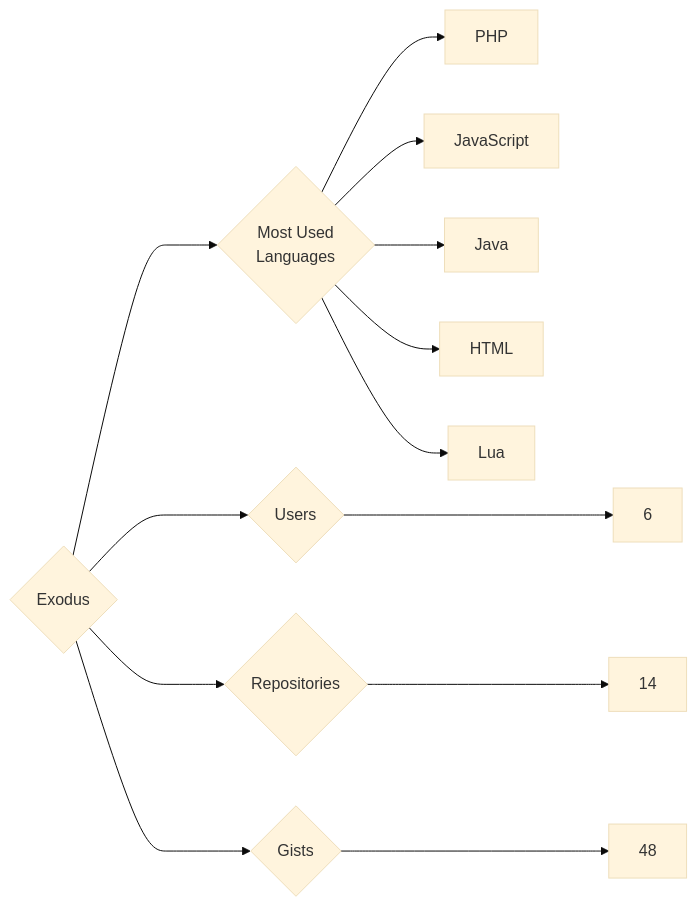
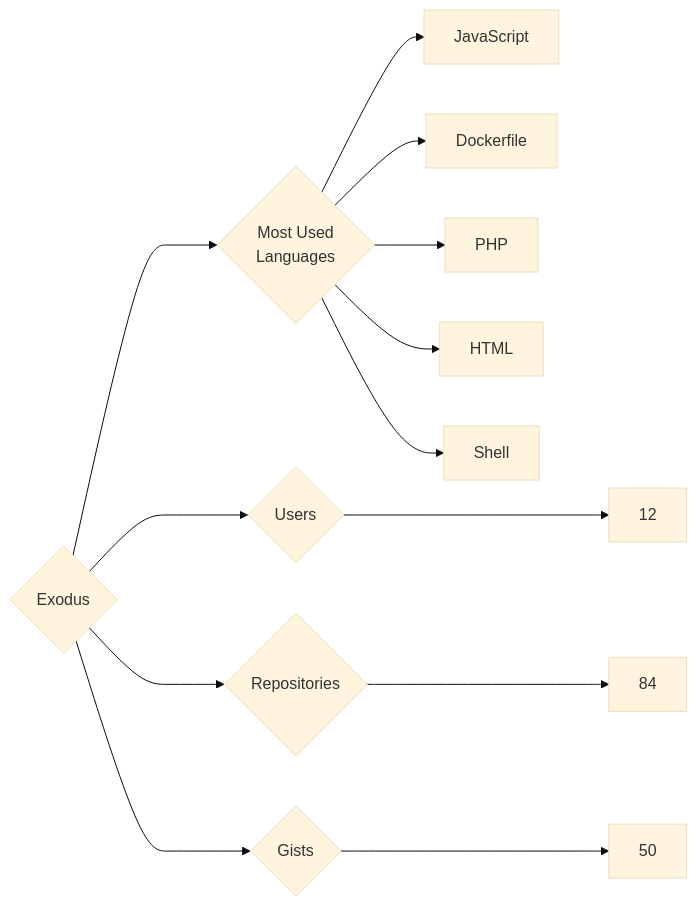
The diagram in targets/Exodus/README.md (trickest/insiders), drawn with Mermaid (base theme) before and after one commit. The commit also changed 894 other files, not shown here.

````diff
--- a/targets/Exodus/README.md
+++ b/targets/Exodus/README.md
@@ -3,13 +3,13 @@
 ```mermaid
 graph LR
 COMPANY_NAME{Exodus}
-COMPANY_NAME ---> U{Users} ---> UN[6]
-COMPANY_NAME ---> R{Repositories} ---> RN[14]
-COMPANY_NAME ---> G{Gists} ---> GN[48]
+COMPANY_NAME ---> U{Users} ---> UN[12]
+COMPANY_NAME ---> R{Repositories} ---> RN[84]
+COMPANY_NAME ---> G{Gists} ---> GN[50]
 COMPANY_NAME ---> ML{Most Used<br>Languages}
+ML --> JavaScript[JavaScript]
+ML --> Dockerfile[Dockerfile]
 ML --> PHP[PHP]
-ML --> JavaScript[JavaScript]
-ML --> Java[Java]
 ML --> HTML[HTML]
-ML --> Lua[Lua]
+ML --> Shell[Shell]
 ```
````
